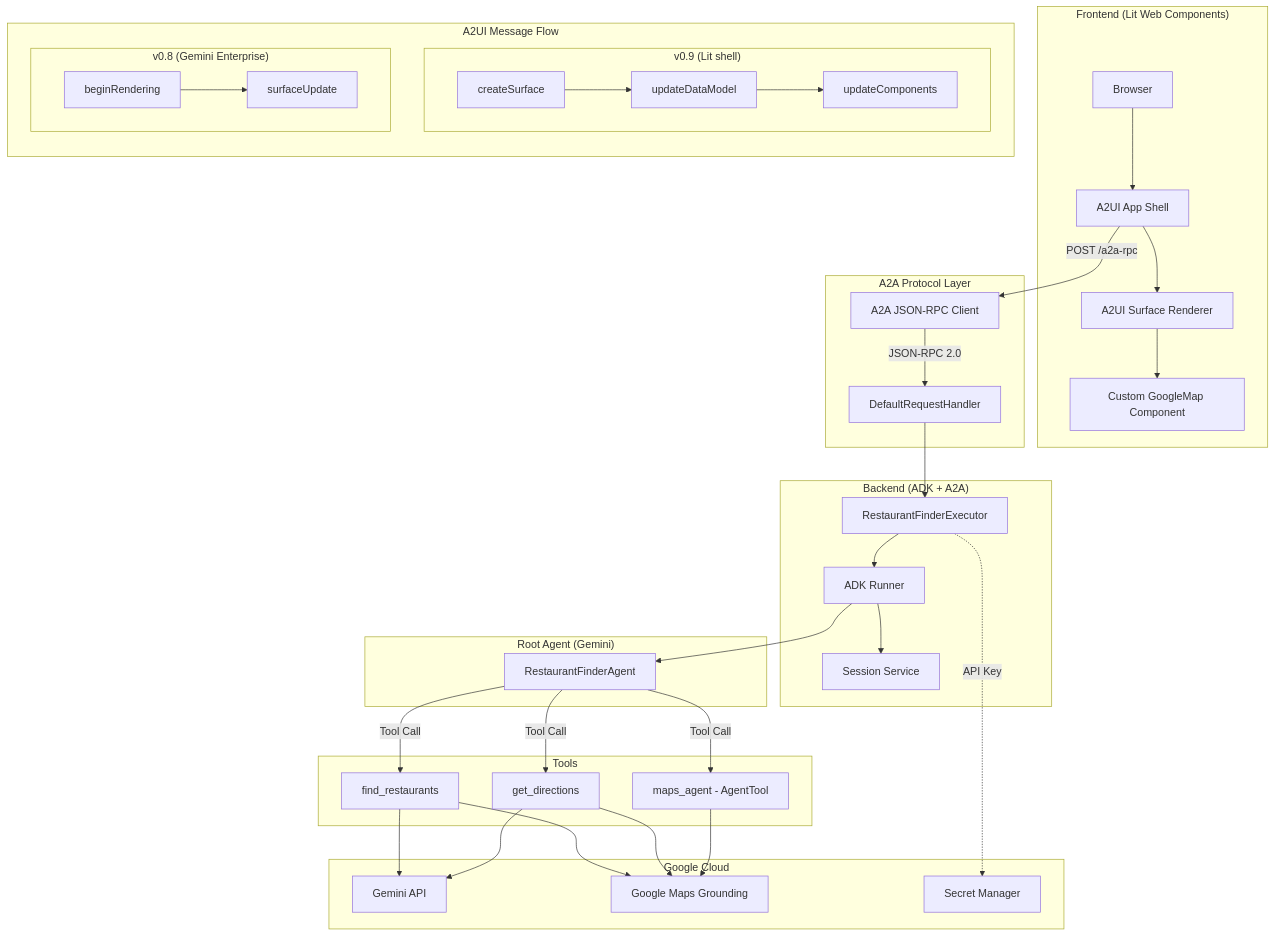
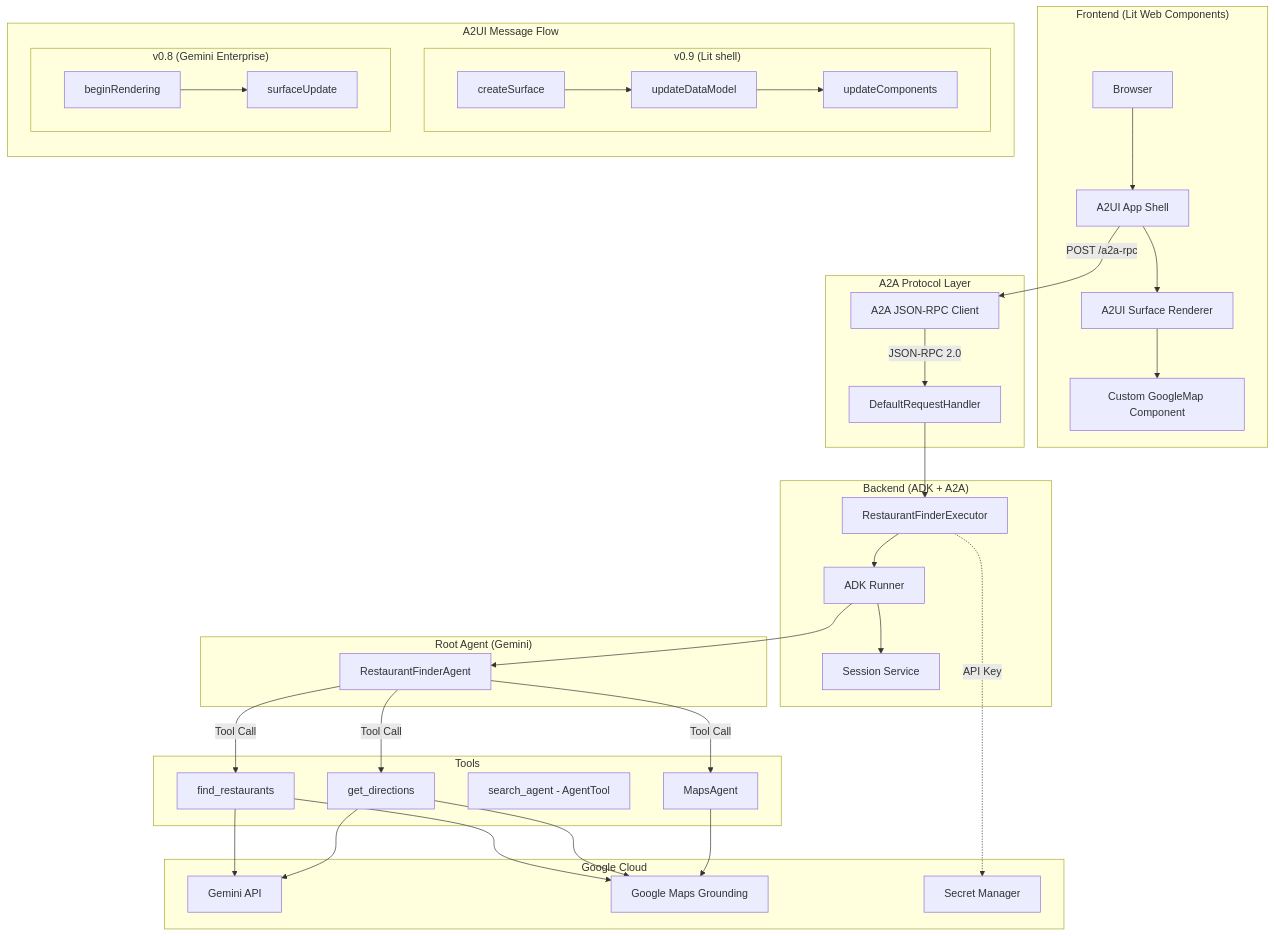
Before and after one commit to wadave/agent-a2ui-demo: the second of 3 diagrams in docs/sdd.md, drawn with Mermaid. The commit also changed other lines of this file and 8 other files, not shown here.

````diff
--- a/docs/sdd.md
+++ b/docs/sdd.md
@@ -53,67 +53,67 @@
 ```mermaid
 graph TB
     subgraph "Frontend (Lit Web Components)"
         Browser[Browser]
         AppShell[A2UI App Shell]
         Surface[A2UI Surface Renderer]
         CustomComp[Custom GoogleMap Component]
         Browser --> AppShell
         AppShell --> Surface
         Surface --> CustomComp
     end
 
     subgraph "A2A Protocol Layer"
         Client[A2A JSON-RPC Client]
         Handler[DefaultRequestHandler]
         AppShell -->|"POST /a2a-rpc"| Client
         Client -->|"JSON-RPC 2.0"| Handler
     end
 
     subgraph "Backend (ADK + A2A)"
         Executor[RestaurantFinderExecutor]
         Runner[ADK Runner]
         Session[Session Service]
         Handler --> Executor
         Executor --> Runner
         Runner --> Session
     end
 
     subgraph "Root Agent (Gemini)"
         Agent[RestaurantFinderAgent]
         Runner --> Agent
     end
 
     subgraph "Tools"
         FindRest[find_restaurants]
         GetDir[get_directions]
-        MapsAgent[maps_agent - AgentTool]
+        SearchAgent[search_agent - AgentTool]
         Agent -->|"Tool Call"| FindRest
         Agent -->|"Tool Call"| GetDir
         Agent -->|"Tool Call"| MapsAgent
     end
 
     subgraph "Google Cloud"
         GeminiAPI[Gemini API]
         MapsGround[Google Maps Grounding]
         SecretMgr[Secret Manager]
         FindRest --> GeminiAPI
         FindRest --> MapsGround
         GetDir --> GeminiAPI
         GetDir --> MapsGround
         MapsAgent --> MapsGround
         Executor -.->|"API Key"| SecretMgr
     end
 
     subgraph "A2UI Message Flow"
         direction TB
         subgraph V09["v0.9 (Lit shell)"]
             direction LR
             CS[createSurface] --> UDM[updateDataModel]
             UDM --> UC[updateComponents]
         end
         subgraph V08["v0.8 (Gemini Enterprise)"]
             direction LR
             BR[beginRendering] --> SU[surfaceUpdate]
         end
     end
 ```
````
